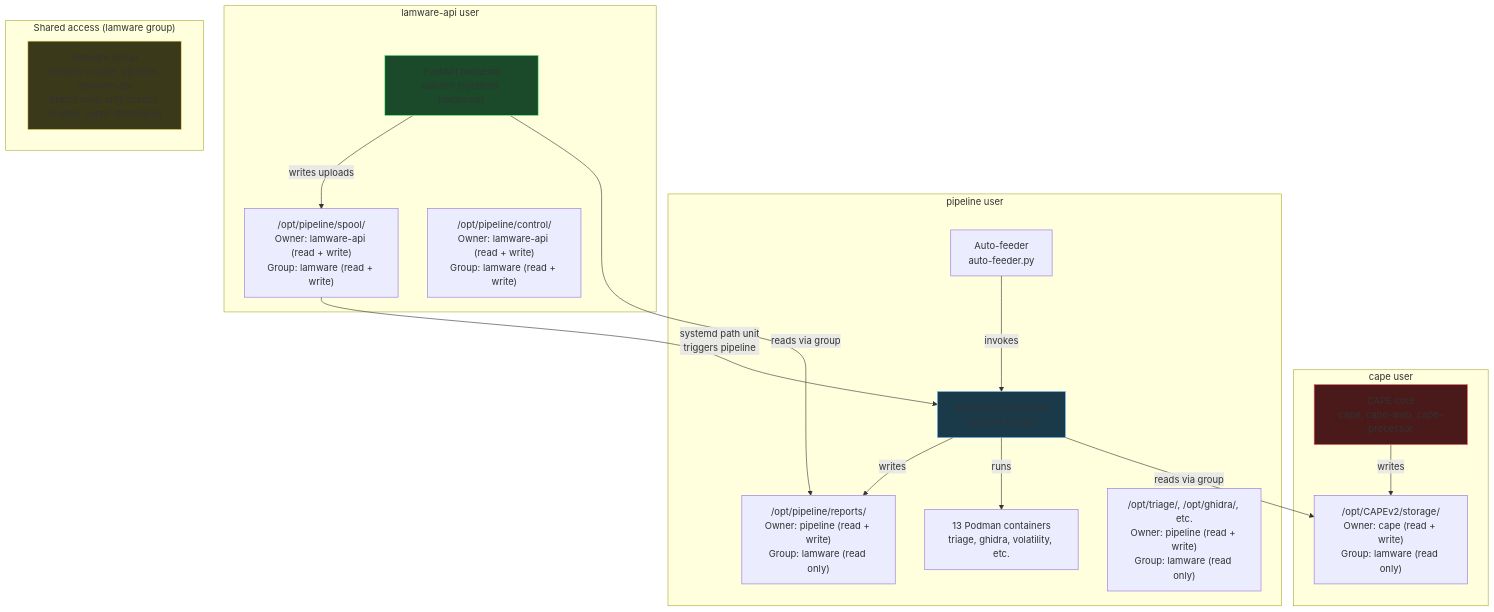
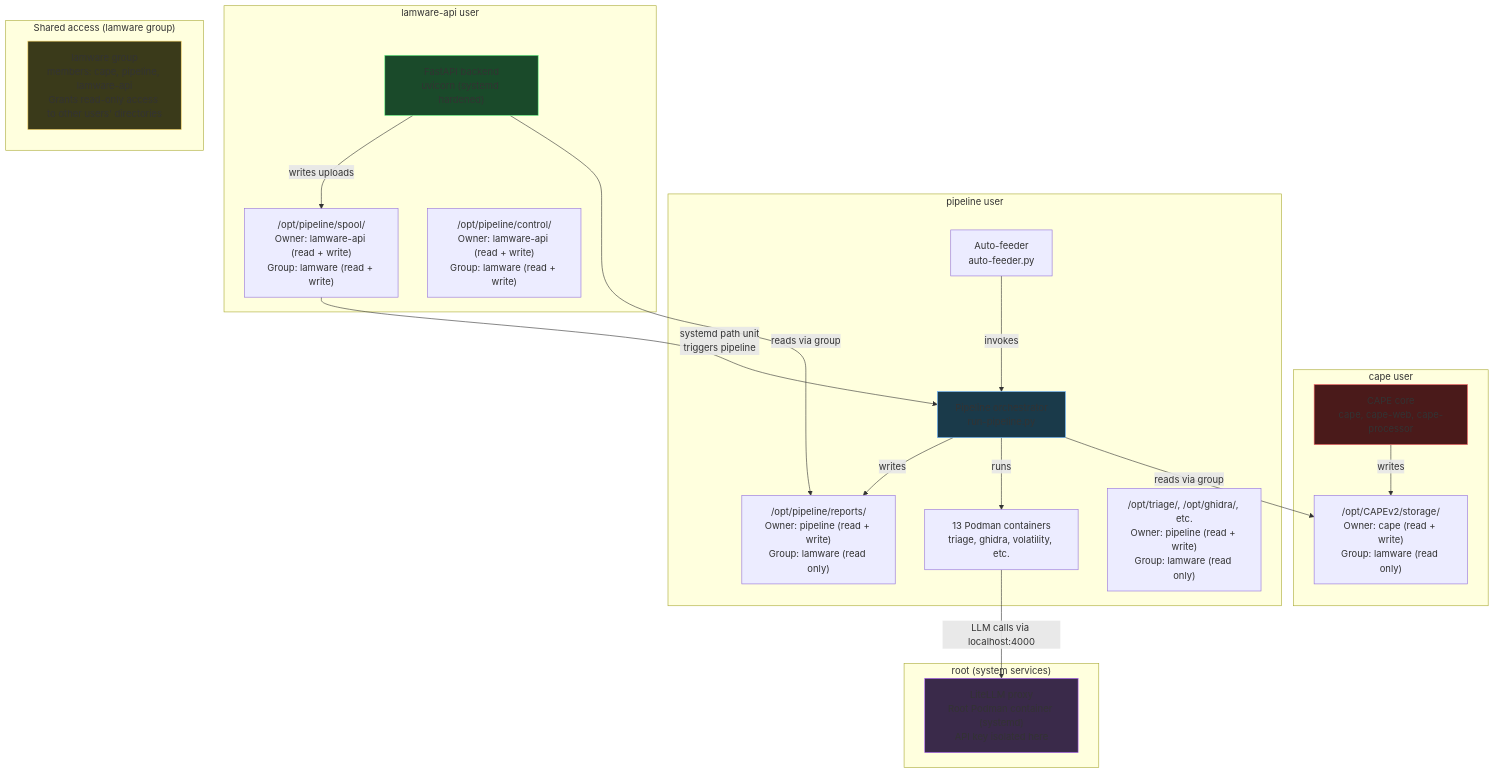
One commit to chrisshaiman/lamware changed the second of 2 diagrams in README.md. Above: the diagram before and after it, drawn with Mermaid. The commit also changed other lines of this file, not shown here.

First line of the commit message:
docs: update README with LiteLLM proxy, permissions, mobile UI

````diff
--- a/README.md
+++ b/README.md
@@ -292,40 +300,46 @@
 ```mermaid
 graph TB
     subgraph "cape user"
         CAPE_CORE["CAPE core<br/>cape, cape-web, cape-processor"]
         CAPE_STORAGE["/opt/CAPEv2/storage/<br/>Owner: cape (read + write)<br/>Group: lamware (read only)"]
     end
 
     subgraph "pipeline user"
         PIPELINE["Pipeline orchestrator<br/>run-pipeline.py"]
         AUTOFEEDER["Auto-feeder<br/>auto-feeder.py"]
         CONTAINERS["13 Podman containers<br/>triage, ghidra, volatility, etc."]
         REPORTS["/opt/pipeline/reports/<br/>Owner: pipeline (read + write)<br/>Group: lamware (read only)"]
         TOOLS["/opt/triage/, /opt/ghidra/, etc.<br/>Owner: pipeline (read + write)<br/>Group: lamware (read only)"]
     end
 
     subgraph "lamware-api user"
         API["FastAPI backend<br/>uvicorn (systemd hardened)"]
         SPOOL["/opt/pipeline/spool/<br/>Owner: lamware-api (read + write)<br/>Group: lamware (read + write)"]
         CONTROL["/opt/pipeline/control/<br/>Owner: lamware-api (read + write)<br/>Group: lamware (read + write)"]
     end
 
+    subgraph "root (system services)"
+        LITELLM["LiteLLM proxy<br/>Root Podman container (systemd)<br/>API key isolated here"]
+    end
+
     subgraph "Shared access (lamware group)"
         direction LR
         LAMWARE_GROUP["lamware group<br/>members: cape, pipeline, lamware-api<br/>Grants read-only access to other users' directories"]
     end
 
     CAPE_CORE -->|writes| CAPE_STORAGE
     PIPELINE -->|reads via group| CAPE_STORAGE
     PIPELINE -->|runs| CONTAINERS
     PIPELINE -->|writes| REPORTS
     API -->|reads via group| REPORTS
     API -->|writes uploads| SPOOL
     SPOOL -->|systemd path unit<br/>triggers pipeline| PIPELINE
     AUTOFEEDER -->|invokes| PIPELINE
+    CONTAINERS -->|LLM calls via localhost:4000| LITELLM
 
     style CAPE_CORE fill:#4a1a1a,stroke:#ff6b6b
     style PIPELINE fill:#1a3a4a,stroke:#6bb5ff
     style API fill:#1a4a2a,stroke:#6bff8b
     style LAMWARE_GROUP fill:#3a3a1a,stroke:#ffdb6b
+    style LITELLM fill:#3a2a4a,stroke:#b56bff
 ```
````
